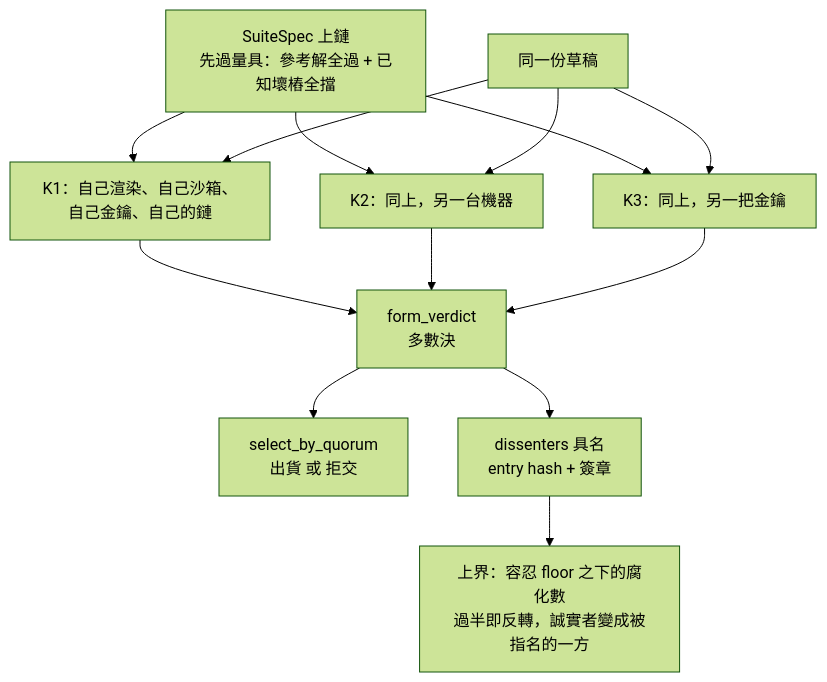
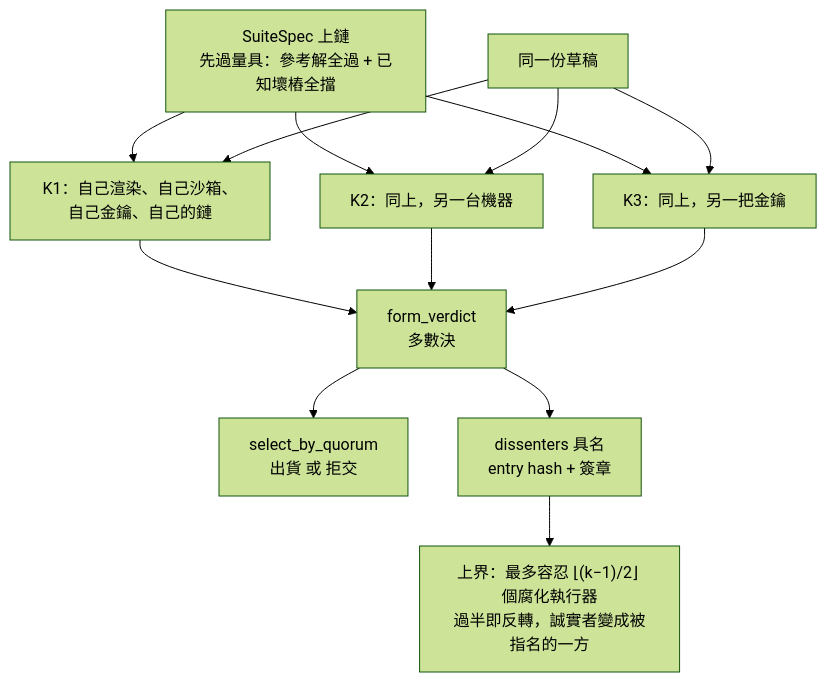
One commit to cosmopig/Vacant changed the second of 2 diagrams in docs/VACANT_ARCHITECTURE_AND_RESULTS_2026-09-07.md. Above: the diagram before and after it, drawn with Mermaid (forest theme). The commit also changed other lines of this file, not shown here.

````diff
--- a/docs/VACANT_ARCHITECTURE_AND_RESULTS_2026-09-07.md
+++ b/docs/VACANT_ARCHITECTURE_AND_RESULTS_2026-09-07.md
@@ -166,15 +188,15 @@
 ```mermaid
 flowchart TB
   S["SuiteSpec 上鏈<br/>先過量具：參考解全過 + 已知壞樁全擋"] --> K1
   S --> K2
   S --> K3
   D0["同一份草稿"] --> K1["K1：自己渲染、自己沙箱、自己金鑰、自己的鏈"]
   D0 --> K2["K2：同上，另一台機器"]
   D0 --> K3["K3：同上，另一把金鑰"]
   K1 --> V["form_verdict<br/>多數決"]
   K2 --> V
   K3 --> V
   V --> Q["select_by_quorum<br/>出貨 或 拒交"]
   V --> N["dissenters 具名<br/>entry hash + 簽章"]
-  N --> W["上界：容忍 floor 之下的腐化數<br/>過半即反轉，誠實者變成被指名的一方"]
+  N --> W["上界：最多容忍 ⌊(k−1)/2⌋ 個腐化執行器<br/>過半即反轉，誠實者變成被指名的一方"]
 ```
````
